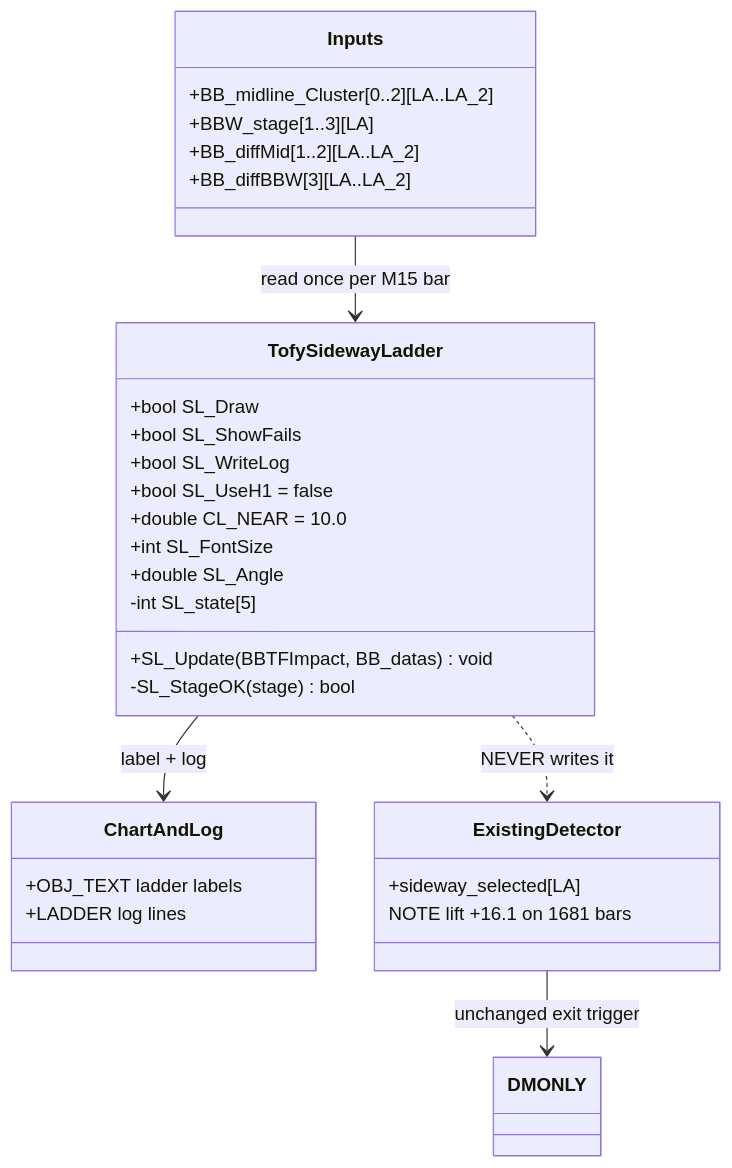
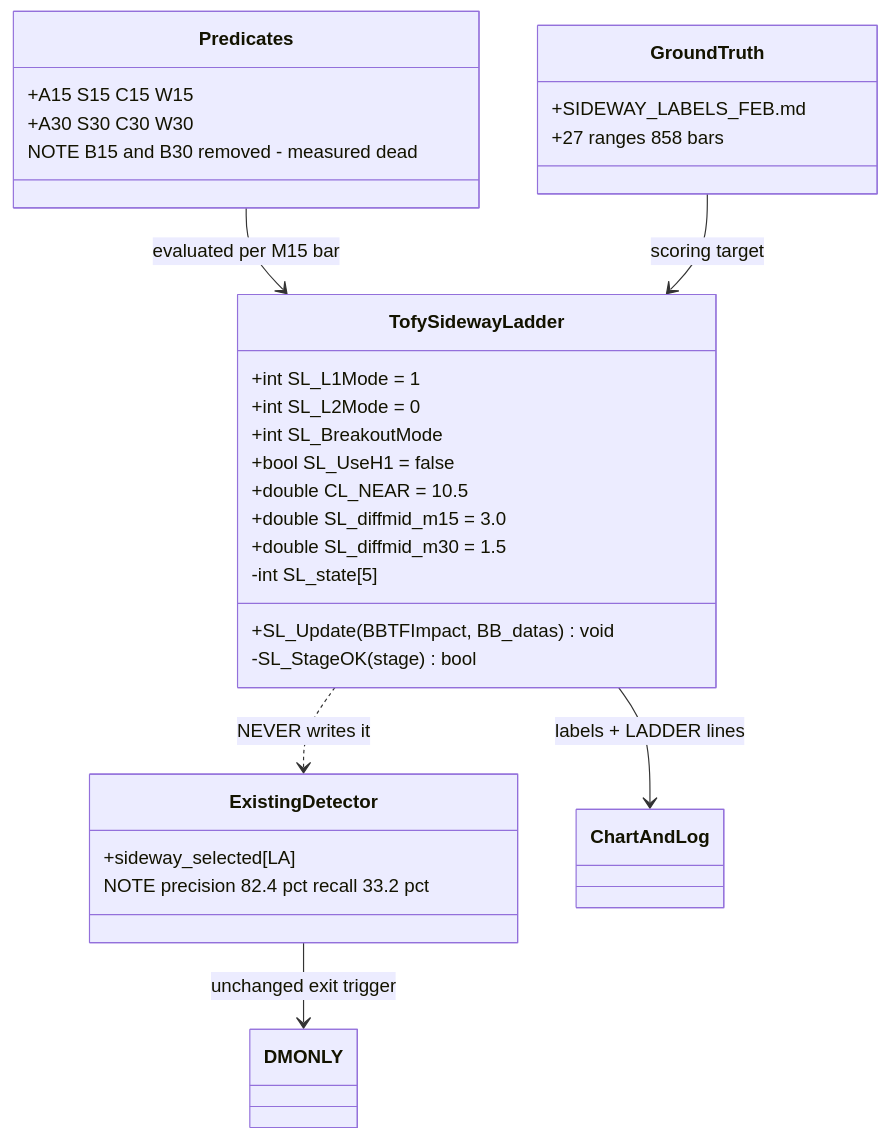
One commit to Terrypang89/BB_MTF_M15_STRATEGY changed the first of 2 diagrams in references/TofySidewayLadder.md. Above: the diagram before and after it, drawn with Mermaid. The commit also changed other lines of this file and 2 other files, not shown here.

Commit message:
Add Ladder Ranges Feb report, ladder_ranges.py script, update TofySidewayLadder.md

````diff
--- a/references/TofySidewayLadder.md
+++ b/references/TofySidewayLadder.md
@@ -289,37 +351,34 @@
 ```mermaid
 classDiagram
     class TofySidewayLadder {
-        +bool SL_Draw
-        +bool SL_ShowFails
-        +bool SL_WriteLog
+        +int SL_L1Mode = 1
+        +int SL_L2Mode = 0
+        +int SL_BreakoutMode
         +bool SL_UseH1 = false
-        +double CL_NEAR = 10.0
-        +int SL_FontSize
-        +double SL_Angle
+        +double CL_NEAR = 10.5
+        +double SL_diffmid_m15 = 3.0
+        +double SL_diffmid_m30 = 1.5
         -int SL_state[5]
         +SL_Update(BBTFImpact, BB_datas) void
         -SL_StageOK(stage) bool
     }
-
-    class Inputs {
-        +BB_midline_Cluster[0..2][LA..LA_2]
-        +BBW_stage[1..3][LA]
-        +BB_diffMid[1..2][LA..LA_2]
-        +BB_diffBBW[3][LA..LA_2]
+    class Predicates {
+        +A15 S15 C15 W15
+        +A30 S30 C30 W30
+        NOTE B15 and B30 removed - measured dead
+    }
+    class ExistingDetector {
+        +sideway_selected[LA]
+        NOTE precision 82.4 pct recall 33.2 pct
+    }
+    class GroundTruth {
+        +SIDEWAY_LABELS_FEB.md
+        +27 ranges 858 bars
     }
 
-    class ChartAndLog {
-        +OBJ_TEXT ladder labels
-        +LADDER log lines
-    }
-
-    class ExistingDetector {
-        +sideway_selected[LA]
-        NOTE lift +16.1 on 1681 bars
-    }
-
-    Inputs --> TofySidewayLadder : read once per M15 bar
-    TofySidewayLadder --> ChartAndLog : label + log
+    Predicates --> TofySidewayLadder : evaluated per M15 bar
+    TofySidewayLadder --> ChartAndLog : labels + LADDER lines
     TofySidewayLadder ..> ExistingDetector : NEVER writes it
+    GroundTruth --> TofySidewayLadder : scoring target
     ExistingDetector --> DMONLY : unchanged exit trigger
 ```
````
